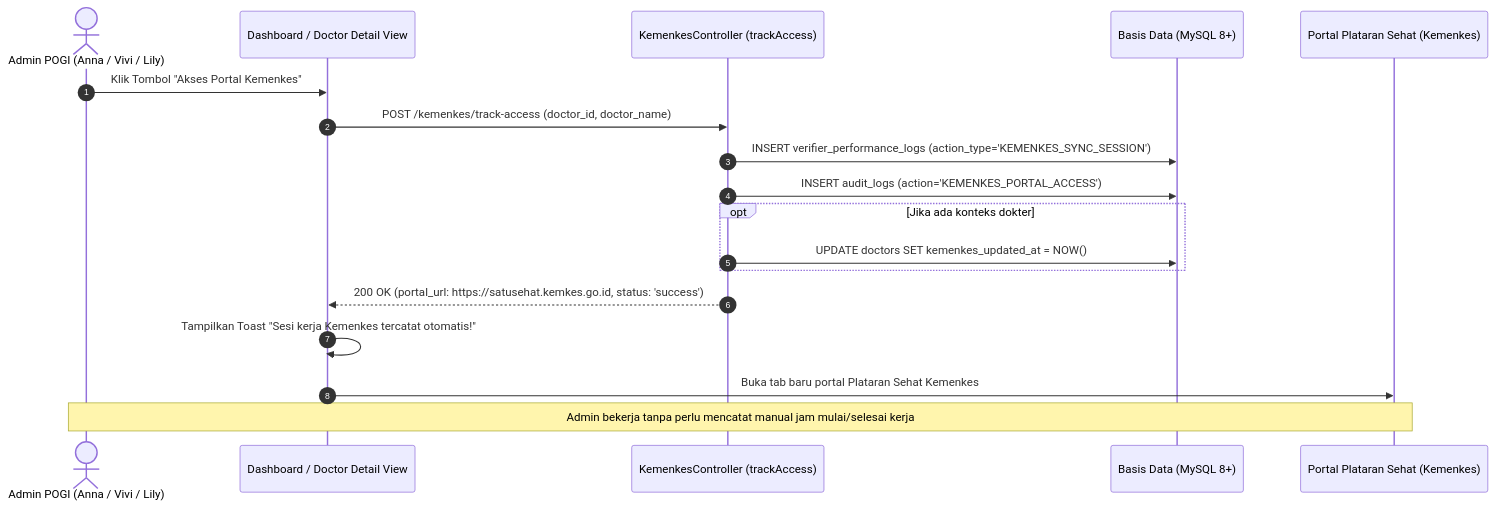
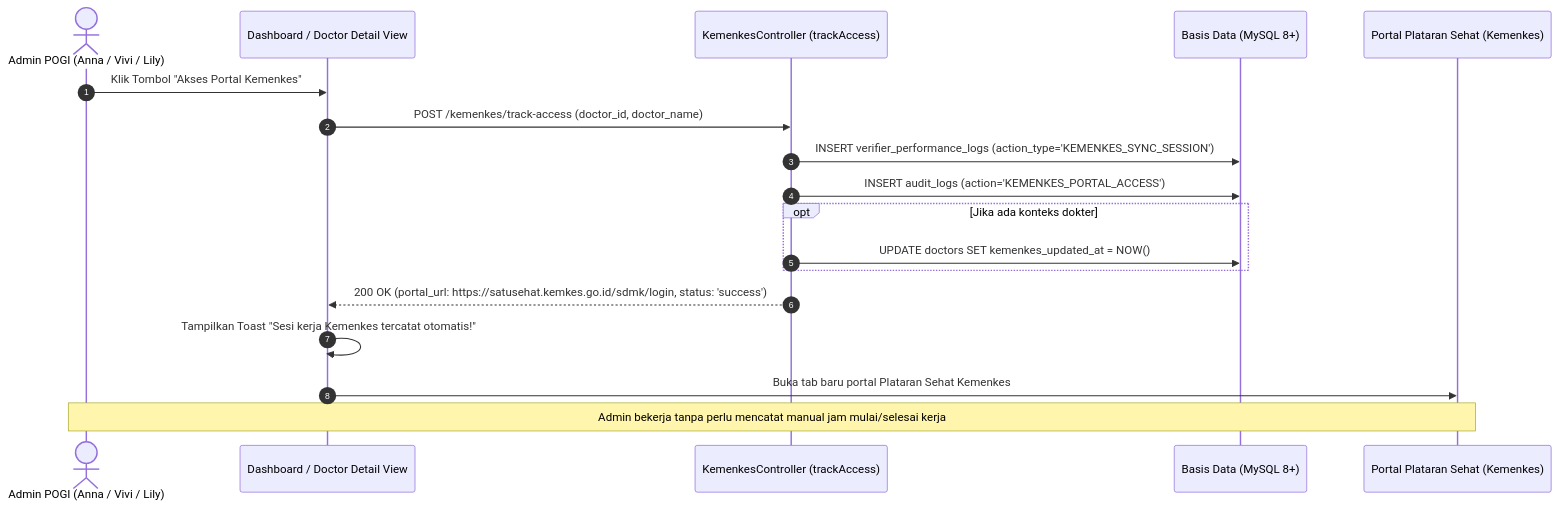
Before and after one commit to echoTech187/pogi-spk-tracker: the eighth of 10 diagrams in ARCHITECTURE.md, drawn with Mermaid. The commit also changed 6 other files, not shown here.

Commit message:
fix(kemenkes): update Kemenkes portal login URL to https://satusehat.kemkes.go.id/sdmk/login

````diff
--- a/ARCHITECTURE.md
+++ b/ARCHITECTURE.md
@@ -446,21 +446,21 @@
 ```mermaid
 sequenceDiagram
     autonumber
     actor Admin as Admin POGI (Anna / Vivi / Lily)
     participant UI as Dashboard / Doctor Detail View
     participant Ctrl as KemenkesController (trackAccess)
     participant DB as Basis Data (MySQL 8+)
     participant Portal as Portal Plataran Sehat (Kemenkes)
 
     Admin->>UI: Klik Tombol "Akses Portal Kemenkes"
     UI->>Ctrl: POST /kemenkes/track-access (doctor_id, doctor_name)
     Ctrl->>DB: INSERT verifier_performance_logs (action_type='KEMENKES_SYNC_SESSION')
     Ctrl->>DB: INSERT audit_logs (action='KEMENKES_PORTAL_ACCESS')
     opt Jika ada konteks dokter
         Ctrl->>DB: UPDATE doctors SET kemenkes_updated_at = NOW()
     end
-    Ctrl-->>UI: 200 OK (portal_url: https://satusehat.kemkes.go.id, status: 'success')
+    Ctrl-->>UI: 200 OK (portal_url: https://satusehat.kemkes.go.id/sdmk/login, status: 'success')
     UI->>UI: Tampilkan Toast "Sesi kerja Kemenkes tercatat otomatis!"
     UI->>Portal: Buka tab baru portal Plataran Sehat Kemenkes
     Note over Admin,Portal: Admin bekerja tanpa perlu mencatat manual jam mulai/selesai kerja
 ```
````
